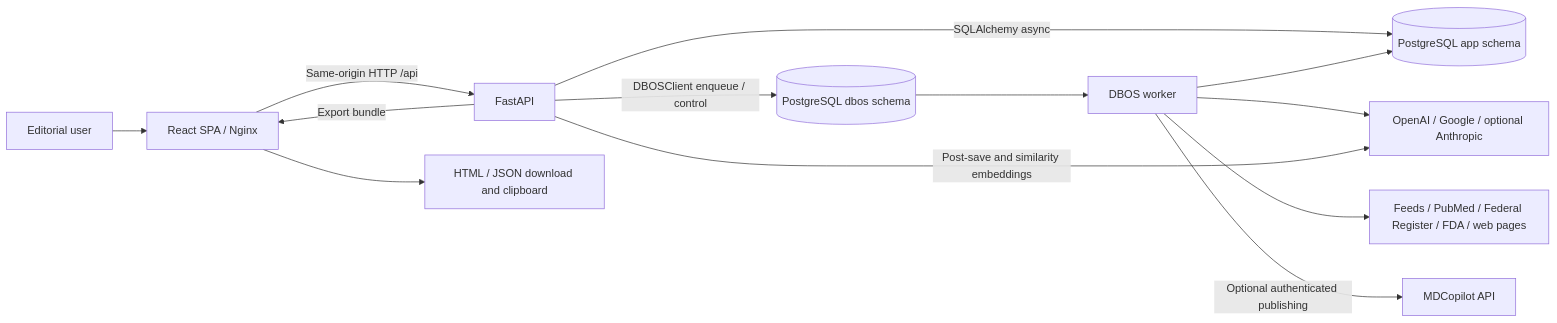
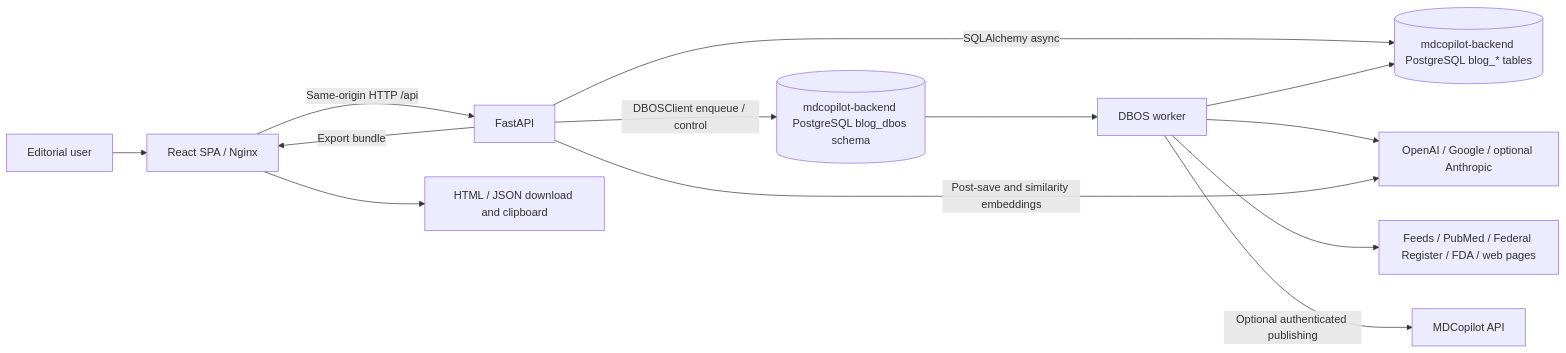
The first of 4 diagrams in docs/architecture.md (atulk-mdcopilot/mdcopilot-blog), drawn with Mermaid before and after one commit. The commit also changed other lines of this file and 24 other files, not shown here.

First line of the commit message:
feat(db): move the blog database into the mdcopilot-backend Postgres

````diff
--- a/docs/architecture.md
+++ b/docs/architecture.md
@@ -25,15 +24,15 @@
 ```mermaid
 flowchart LR
     User[Editorial user] --> Web[React SPA / Nginx]
     Web -->|Same-origin HTTP /api| API[FastAPI]
-    API -->|SQLAlchemy async| AppDB[(PostgreSQL app schema)]
-    API -->|DBOSClient enqueue / control| DBOSDB[(PostgreSQL dbos schema)]
+    API -->|SQLAlchemy async| AppDB[(mdcopilot-backend PostgreSQL blog_* tables)]
+    API -->|DBOSClient enqueue / control| DBOSDB[(mdcopilot-backend PostgreSQL blog_dbos schema)]
     DBOSDB --> Worker[DBOS worker]
     Worker --> AppDB
     Worker --> LLM[OpenAI / Google / optional Anthropic]
     Worker --> Sources[Feeds / PubMed / Federal Register / FDA / web pages]
     Worker -->|Optional authenticated publishing| Website[MDCopilot API]
     API -->|Post-save and similarity embeddings| LLM
     API -->|Export bundle| Web
     Web --> Download[HTML / JSON download and clipboard]
 ```
````
